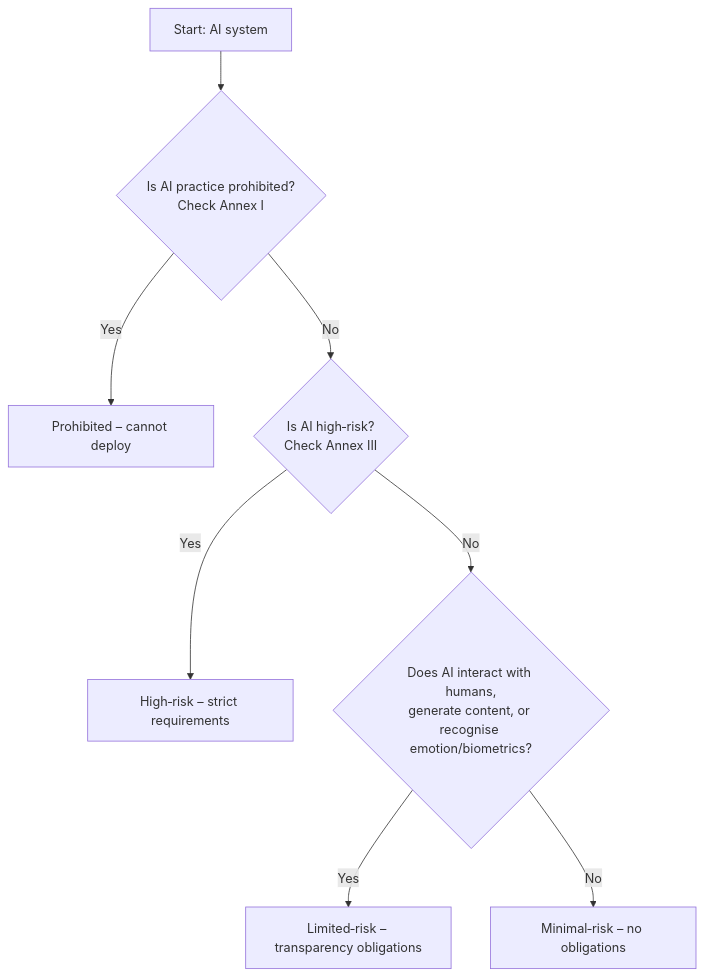
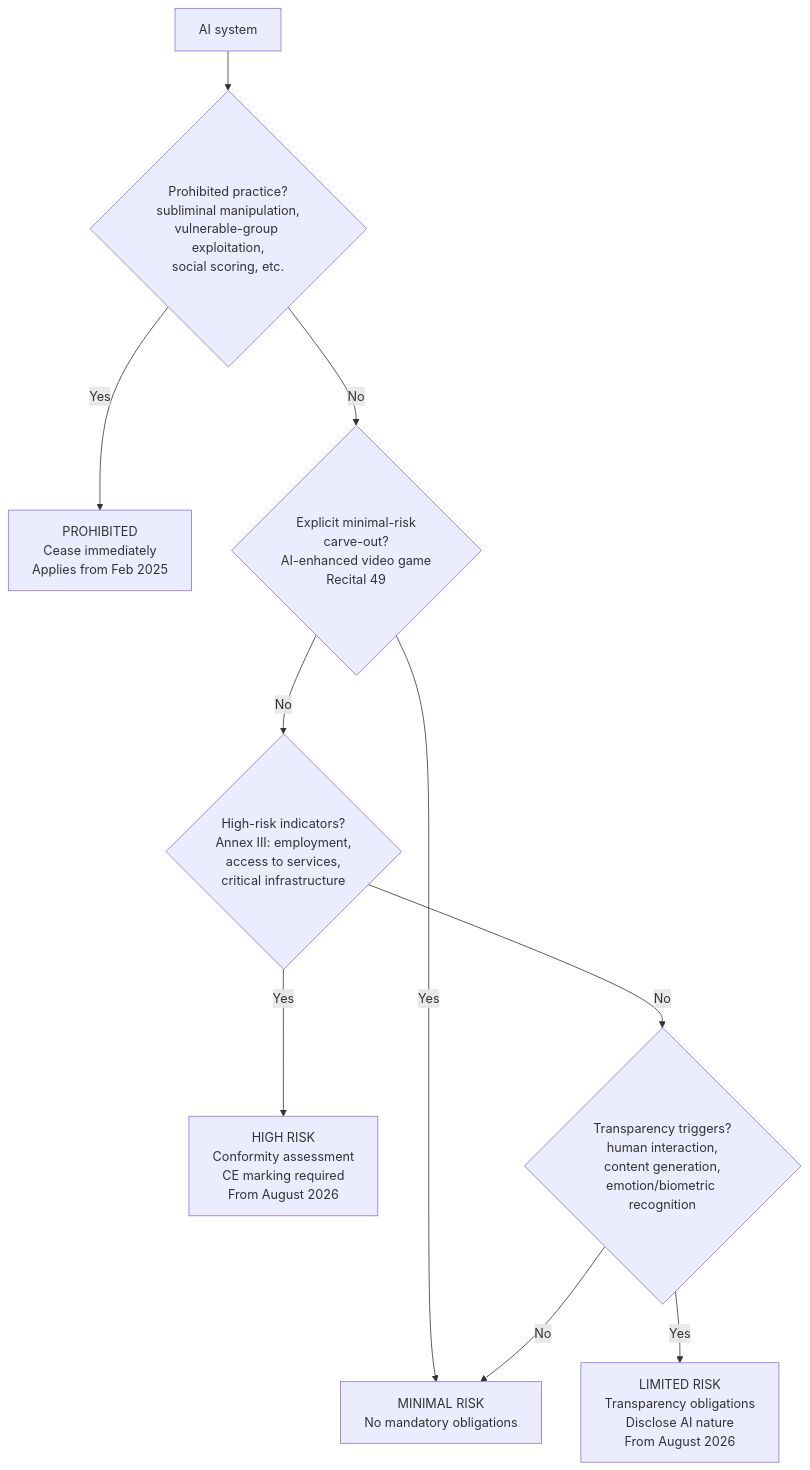
The second of 2 diagrams in docs/research/CPLY-008.md (hackerkarlos/AI-COMPLIANCE), drawn with Mermaid before and after one commit. The commit also changed other lines of this file, not shown here.

````diff
--- a/docs/research/CPLY-008.md
+++ b/docs/research/CPLY-008.md
@@ -206,10 +450,12 @@
 ```mermaid
 graph TD
-    A[Start: AI system] --> B{Is AI practice prohibited?<br/>Check Annex I};
-    B -- Yes --> C[Prohibited – cannot deploy];
-    B -- No --> D{Is AI high‑risk?<br/>Check Annex III};
-    D -- Yes --> E[High‑risk – strict requirements];
-    D -- No --> F{Does AI interact with humans,<br/>generate content, or recognise emotion/biometrics?};
-    F -- Yes --> G[Limited‑risk – transparency obligations];
-    F -- No --> H[Minimal‑risk – no obligations];
+    A[AI system] --> B{Prohibited practice?<br/>subliminal manipulation,<br/>vulnerable-group exploitation,<br/>social scoring, etc.}
+    B -- Yes --> C[PROHIBITED<br/>Cease immediately<br/>Applies from Feb 2025]
+    B -- No --> D{Explicit minimal-risk<br/>carve-out?<br/>AI-enhanced video game<br/>Recital 49}
+    D -- Yes --> E[MINIMAL RISK<br/>No mandatory obligations]
+    D -- No --> F{High-risk indicators?<br/>Annex III: employment,<br/>access to services,<br/>critical infrastructure}
+    F -- Yes --> G[HIGH RISK<br/>Conformity assessment<br/>CE marking required<br/>From August 2026]
+    F -- No --> H{Transparency triggers?<br/>human interaction,<br/>content generation,<br/>emotion/biometric recognition}
+    H -- Yes --> I[LIMITED RISK<br/>Transparency obligations<br/>Disclose AI nature<br/>From August 2026]
+    H -- No --> E
 ```
````
